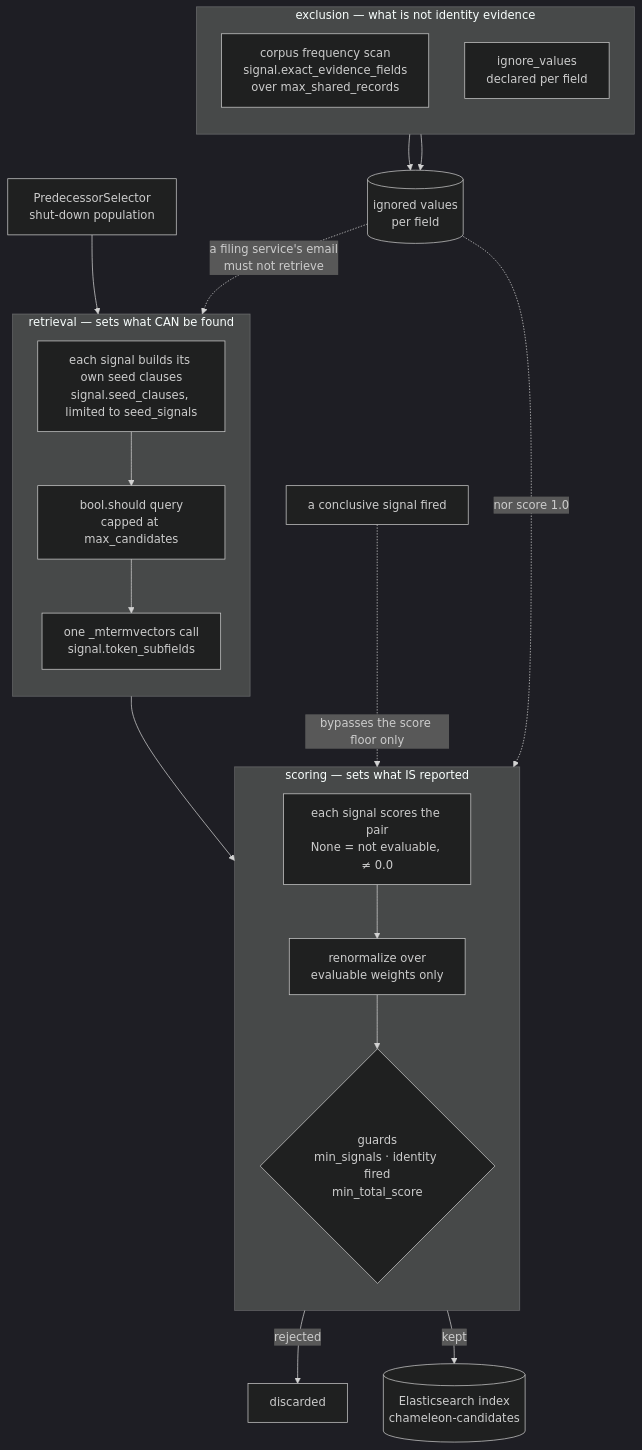
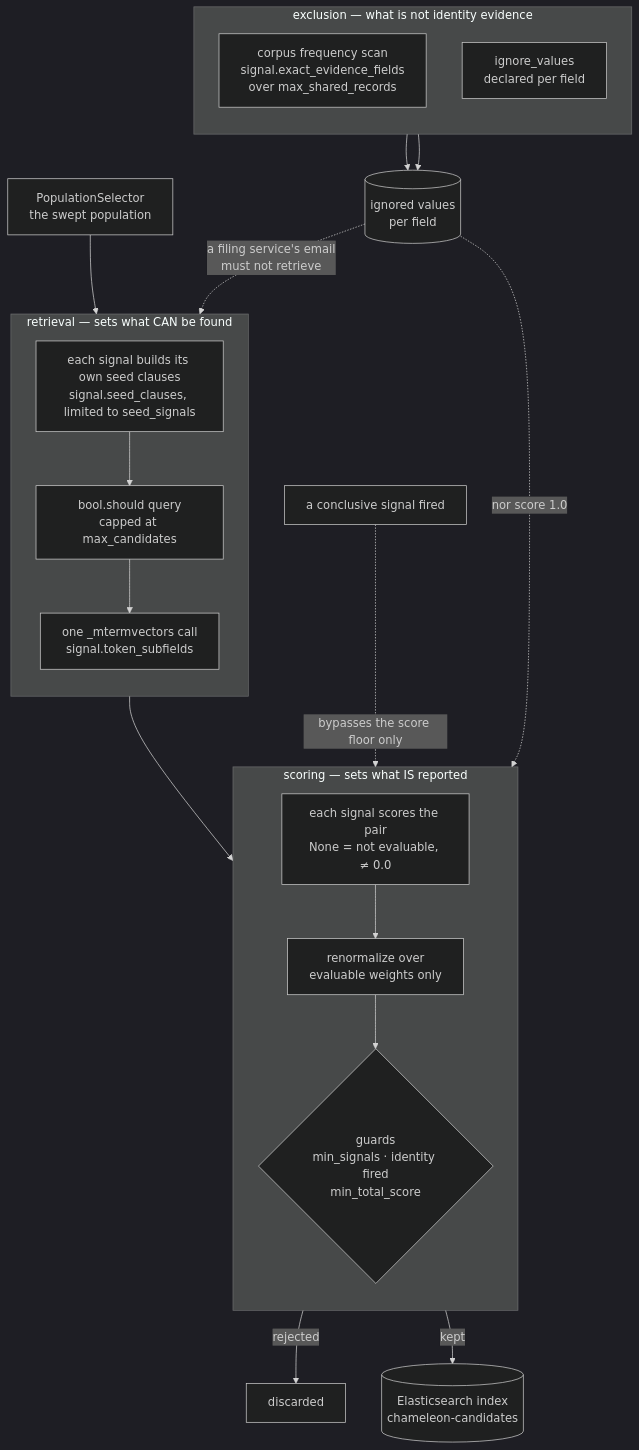
Before and after one commit to freemansoft/entitopia: the third of 4 diagrams in README.md, drawn with Mermaid (dark theme). The commit also changed other lines of this file, not shown here.

````diff
--- a/README.md
+++ b/README.md
@@ -182,36 +182,36 @@
 ```mermaid
 flowchart TB
-    Sel[PredecessorSelector<br/>shut-down population] --> Seed
+    Sel[PopulationSelector<br/>the swept population] --> Seed
 
     subgraph retrieve["retrieval — sets what CAN be found"]
         direction TB
         Seed["each signal builds its own seed clauses<br/>signal.seed_clauses, limited to seed_signals"]
         Cands["bool.should query<br/>capped at max_candidates"]
         Tokens["one _mtermvectors call<br/>signal.token_subfields"]
         Seed --> Cands --> Tokens
     end
 
     subgraph score["scoring — sets what IS reported"]
         direction TB
         Sig["each signal scores the pair<br/>None = not evaluable, ≠ 0.0"]
         Norm["renormalize over<br/>evaluable weights only"]
         Guard{"guards<br/>min_signals · identity fired<br/>min_total_score"}
         Sig --> Norm --> Guard
     end
 
     subgraph exclude["exclusion — what is not identity evidence"]
         direction TB
         Scan["corpus frequency scan<br/>signal.exact_evidence_fields<br/>over max_shared_records"]
         Decl["ignore_values<br/>declared per field"]
     end
 
     Scan --> Ignore[(ignored values<br/>per field)]
     Decl --> Ignore
     Ignore -.->|"a filing service's email<br/>must not retrieve"| Seed
     Ignore -.->|"nor score 1.0"| Sig
 
     Tokens --> Sig
     Conc["a conclusive signal fired"] -.->|"bypasses the score floor only"| Guard
     Guard -->|kept| Out[("Elasticsearch index<br/>chameleon-candidates")]
     Guard -->|rejected| Drop["discarded"]
 ```
````
